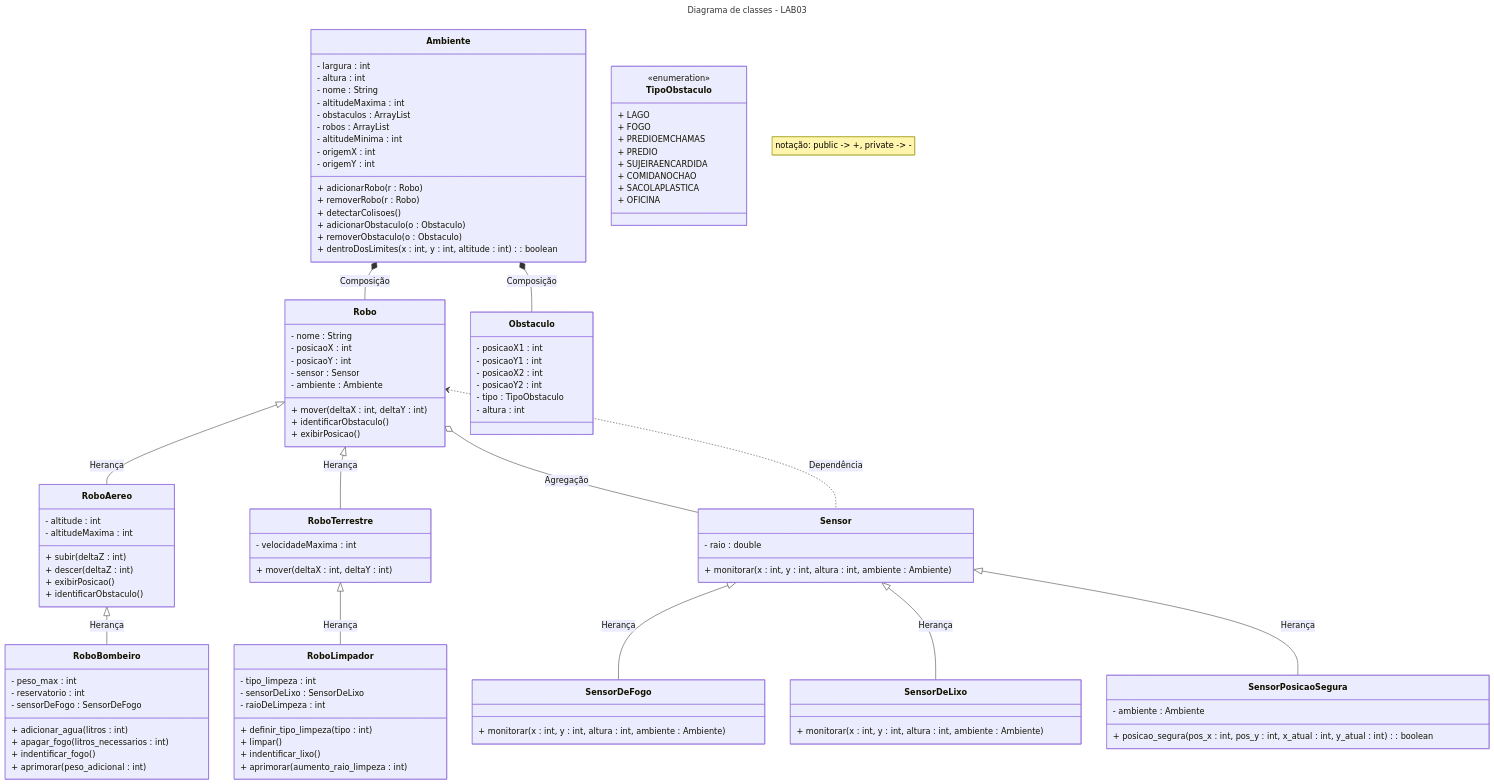
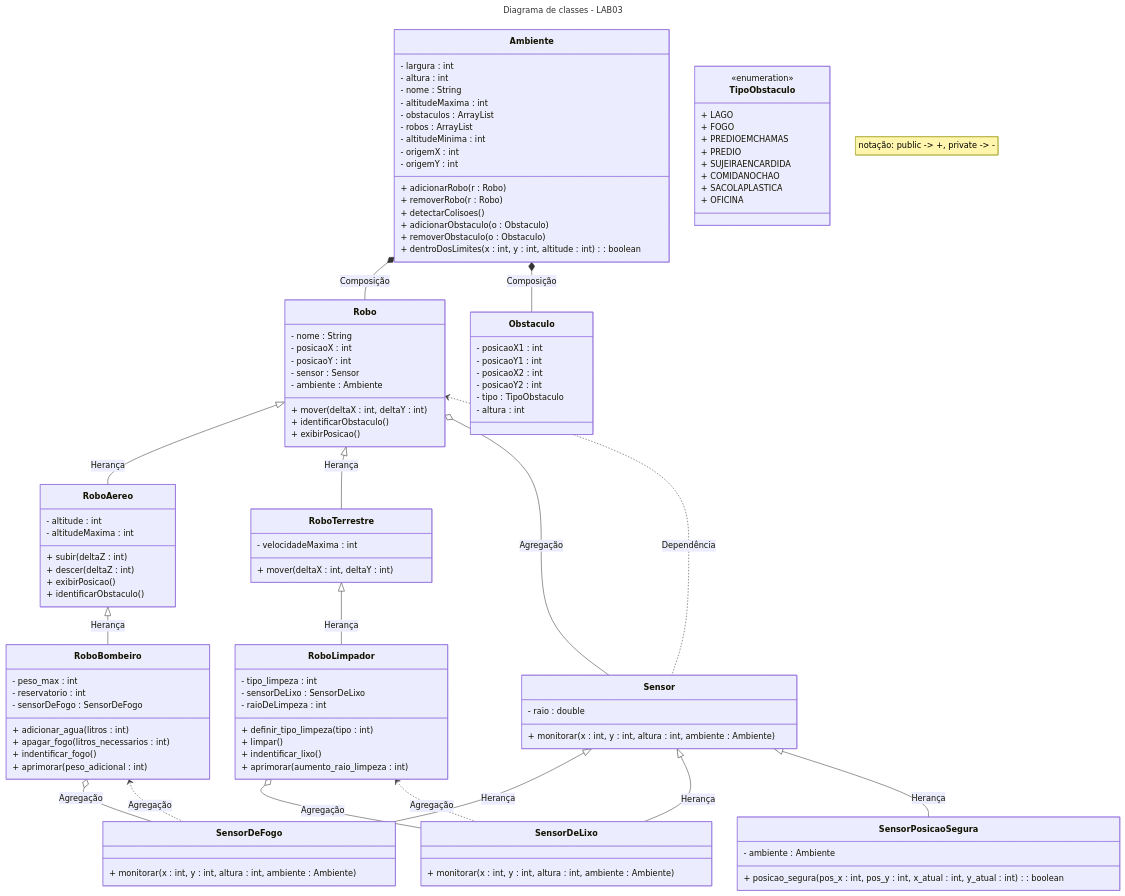
The diagram in README.md (KauanAprigio/MC322), drawn with Mermaid before and after one commit.

Commit message:
Update class diagram in README.md: add aggregation relationships between RoboLimpador, RoboBombeiro, and their respective sensors.

````diff
--- a/README.md
+++ b/README.md
@@ -140,4 +140,8 @@
     Sensor <|-- SensorDeFogo : Herança
     Sensor <|-- SensorDeLixo : Herança
     Sensor <|-- SensorPosicaoSegura : Herança
+    RoboLimpador o-- SensorDeLixo : Agregação
+    RoboBombeiro o-- SensorDeFogo : Agregação
+    RoboLimpador <.. SensorDeLixo : Agregação
+    RoboBombeiro <.. SensorDeFogo : Agregação
 ```
````
